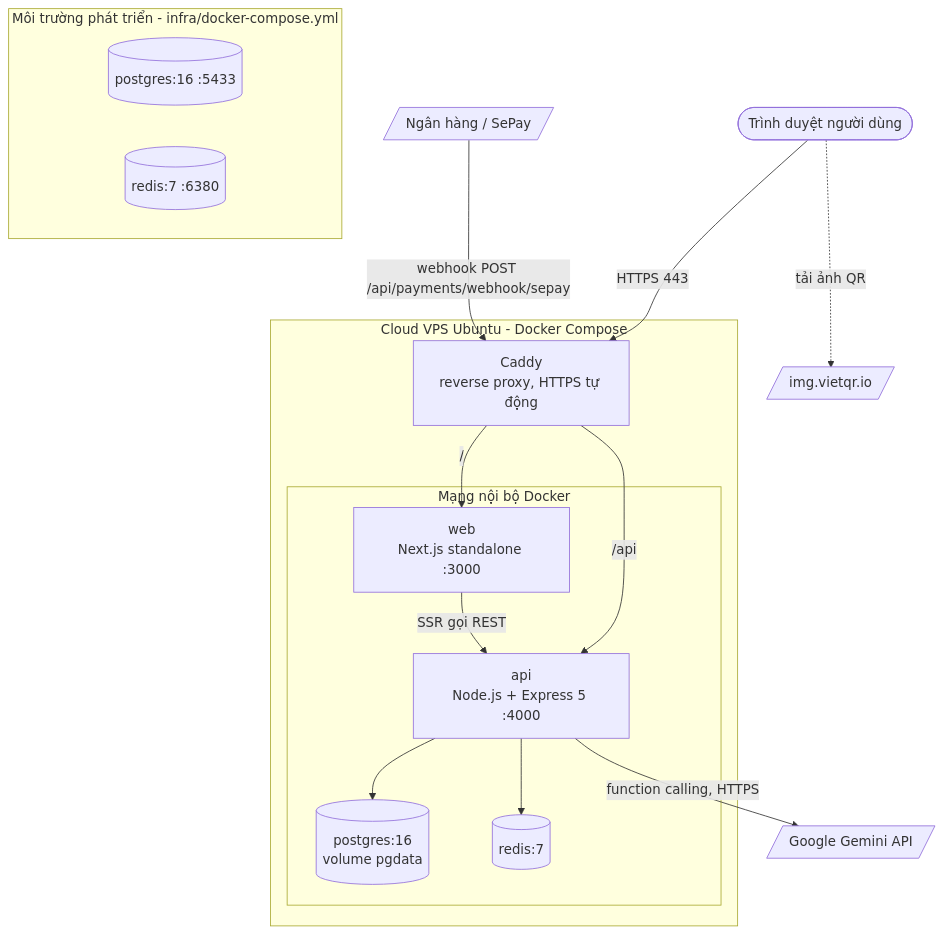
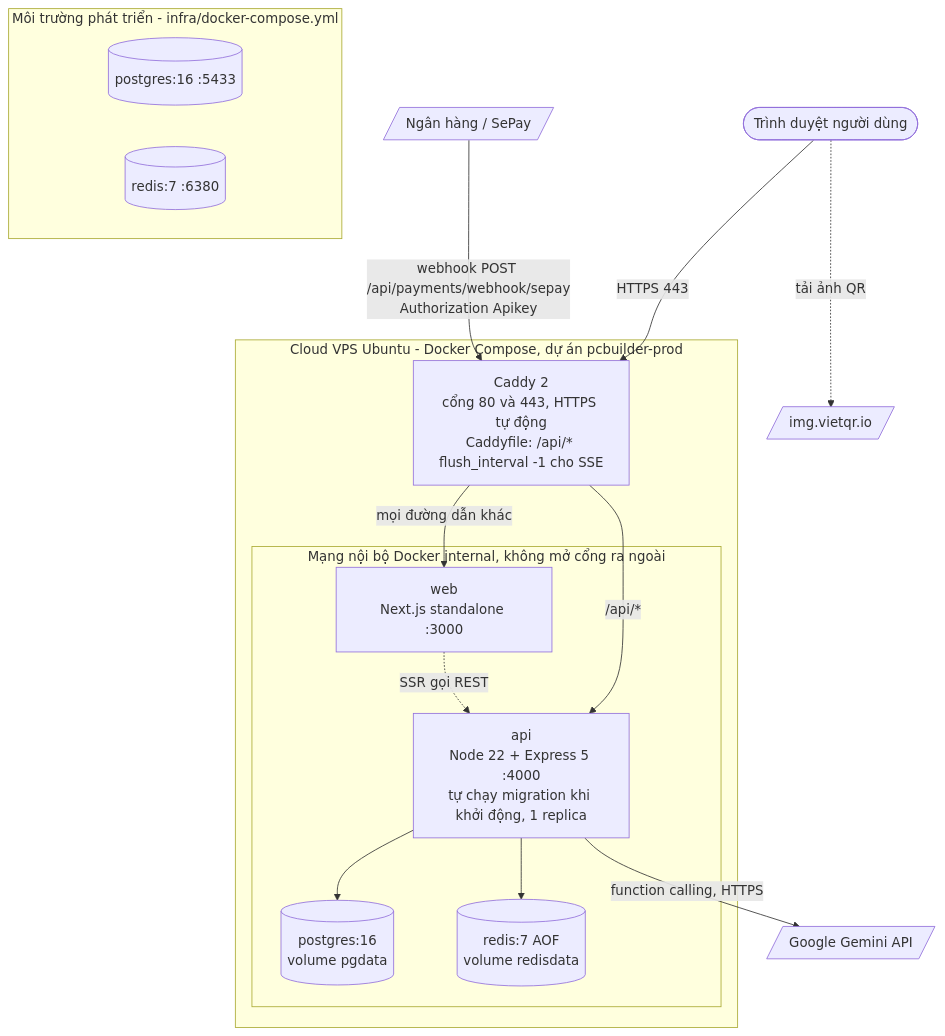
The diagram in docs/graph/out/chapters/CH6.md (Okeanosu/pc-builder), drawn with Mermaid before and after one commit. The commit also changed other lines of this file and 14 other files, not shown here.

Commit message:
docs: regenerate spec-code graph outputs, record fixed bugs and two-layer rate limits

````diff
--- a/docs/graph/out/chapters/CH6.md
+++ b/docs/graph/out/chapters/CH6.md
@@ -42,32 +54,32 @@
 ```mermaid
 flowchart TB
   user([Trình duyệt người dùng])
   bank[/Ngân hàng / SePay/]
   vietqr[/img.vietqr.io/]
   gemini[/Google Gemini API/]
 
-  subgraph VPS[Cloud VPS Ubuntu - Docker Compose]
-    caddy[Caddy<br/>reverse proxy, HTTPS tự động]
-    subgraph NET[Mạng nội bộ Docker]
+  subgraph VPS[Cloud VPS Ubuntu - Docker Compose, dự án pcbuilder-prod]
+    caddy[Caddy 2<br/>cổng 80 và 443, HTTPS tự động<br/>Caddyfile: /api/* flush_interval -1 cho SSE]
+    subgraph NET[Mạng nội bộ Docker internal, không mở cổng ra ngoài]
       web[web<br/>Next.js standalone :3000]
-      api[api<br/>Node.js + Express 5 :4000]
+      api[api<br/>Node 22 + Express 5 :4000<br/>tự chạy migration khi khởi động, 1 replica]
       pg[(postgres:16<br/>volume pgdata)]
-      redis[(redis:7)]
+      redis[(redis:7 AOF<br/>volume redisdata)]
     end
   end
 
   user -->|HTTPS 443| caddy
-  caddy -->|/| web
-  caddy -->|/api| api
-  web -->|SSR gọi REST| api
+  caddy -->|mọi đường dẫn khác| web
+  caddy -->|/api/*| api
+  web -.->|SSR gọi REST| api
   api --> pg
   api --> redis
   api -->|function calling, HTTPS| gemini
-  bank -->|webhook POST /api/payments/webhook/sepay| caddy
+  bank -->|webhook POST /api/payments/webhook/sepay<br/>Authorization Apikey| caddy
   user -.->|tải ảnh QR| vietqr
 
   subgraph DEV[Môi trường phát triển - infra/docker-compose.yml]
     devpg[(postgres:16 :5433)]
     devredis[(redis:7 :6380)]
   end
 ```
````
